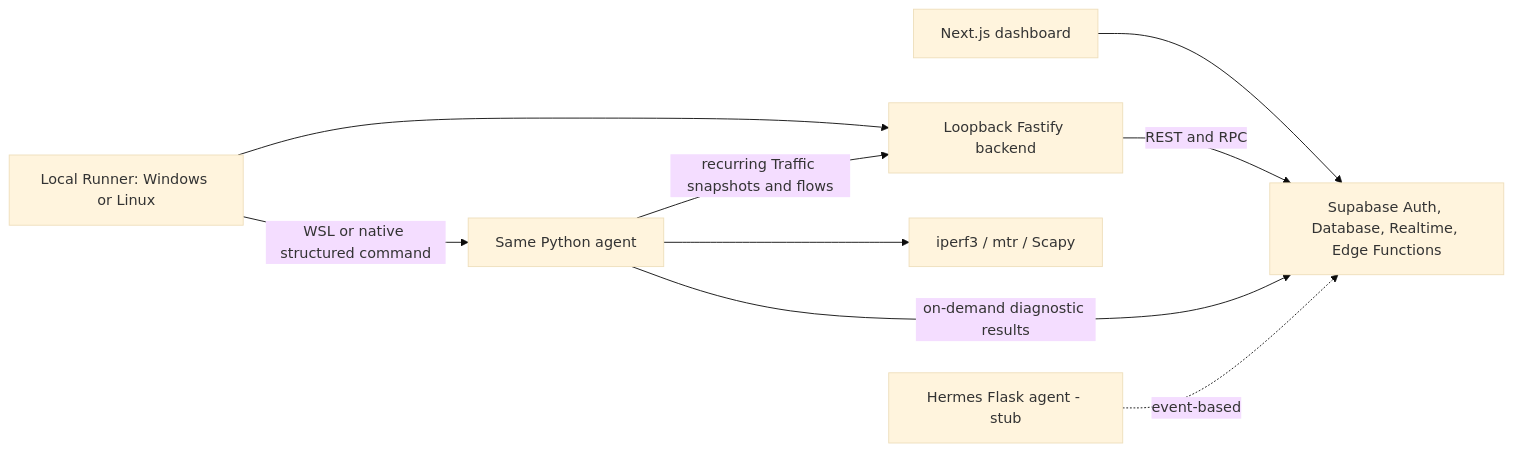
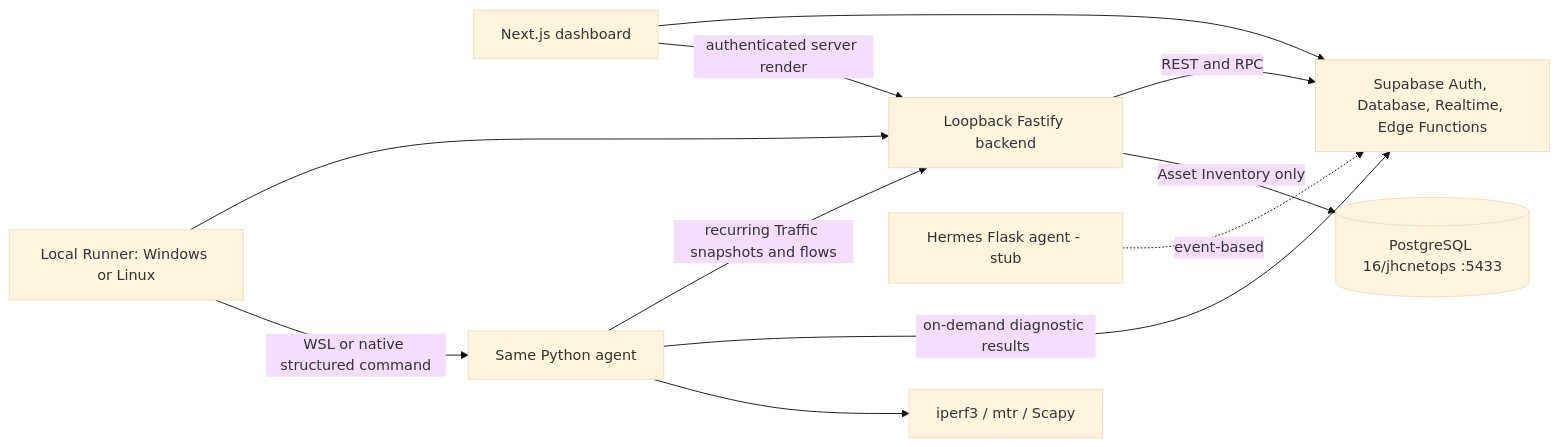
Before and after one commit to rakasatriaefendi/JHC-NetOps: the diagram in README.md, drawn with Mermaid (base theme). The commit also changed other lines of this file and 56 other files, not shown here.

Commit message:
feat: add local asset inventory and SNMP workspace foundation

````diff
--- a/README.md
+++ b/README.md
@@ -25,11 +28,13 @@
 ```mermaid
 flowchart LR
     Browser[Next.js dashboard] --> Supabase[Supabase Auth, Database, Realtime, Edge Functions]
     Runner[Local Runner: Windows or Linux] --> Backend[Loopback Fastify backend]
     Backend -->|REST and RPC| Supabase
+    Browser -->|authenticated server render| Backend
+    Backend -->|Asset Inventory only| AssetDB[(PostgreSQL 16/jhcnetops :5433)]
     Runner -->|WSL or native structured command| Agent[Same Python agent]
     Agent -->|recurring Traffic snapshots and flows| Backend
     Agent -->|on-demand diagnostic results| Supabase
     Agent --> Tools[iperf3 / mtr / Scapy]
     Hermes[Hermes Flask agent - stub] -. event-based .-> Supabase
 ```
````
